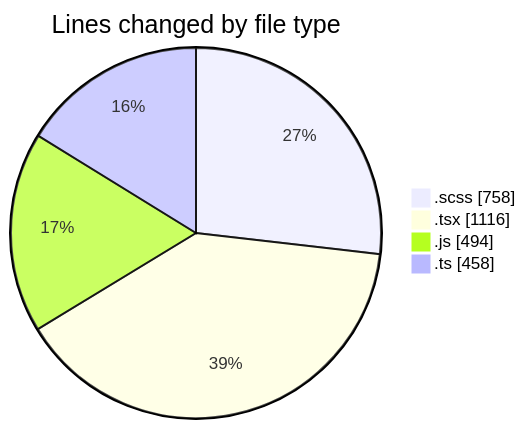
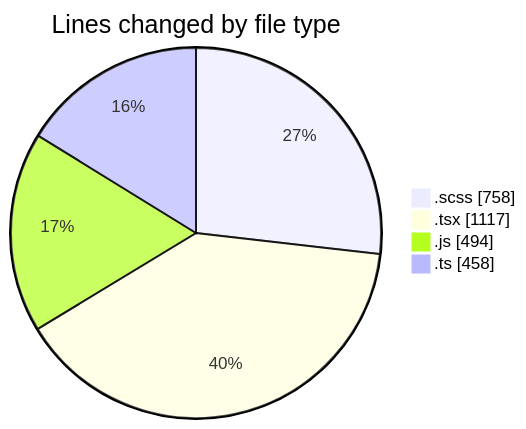
The first of 2 diagrams in 2025-03-14/cda/README.md (momahboobian/code-tracking), drawn with Mermaid before and after one commit. The commit also changed other lines of this file and 1 other file, not shown here.

````diff
--- a/2025-03-14/cda/README.md
+++ b/2025-03-14/cda/README.md
@@ -34,8 +34,8 @@
 ```mermaid
 pie showData
 title Lines changed by file type
 ".scss" : 758
-".tsx" : 1116
+".tsx" : 1117
 ".js" : 494
 ".ts" : 458
 ```
````
